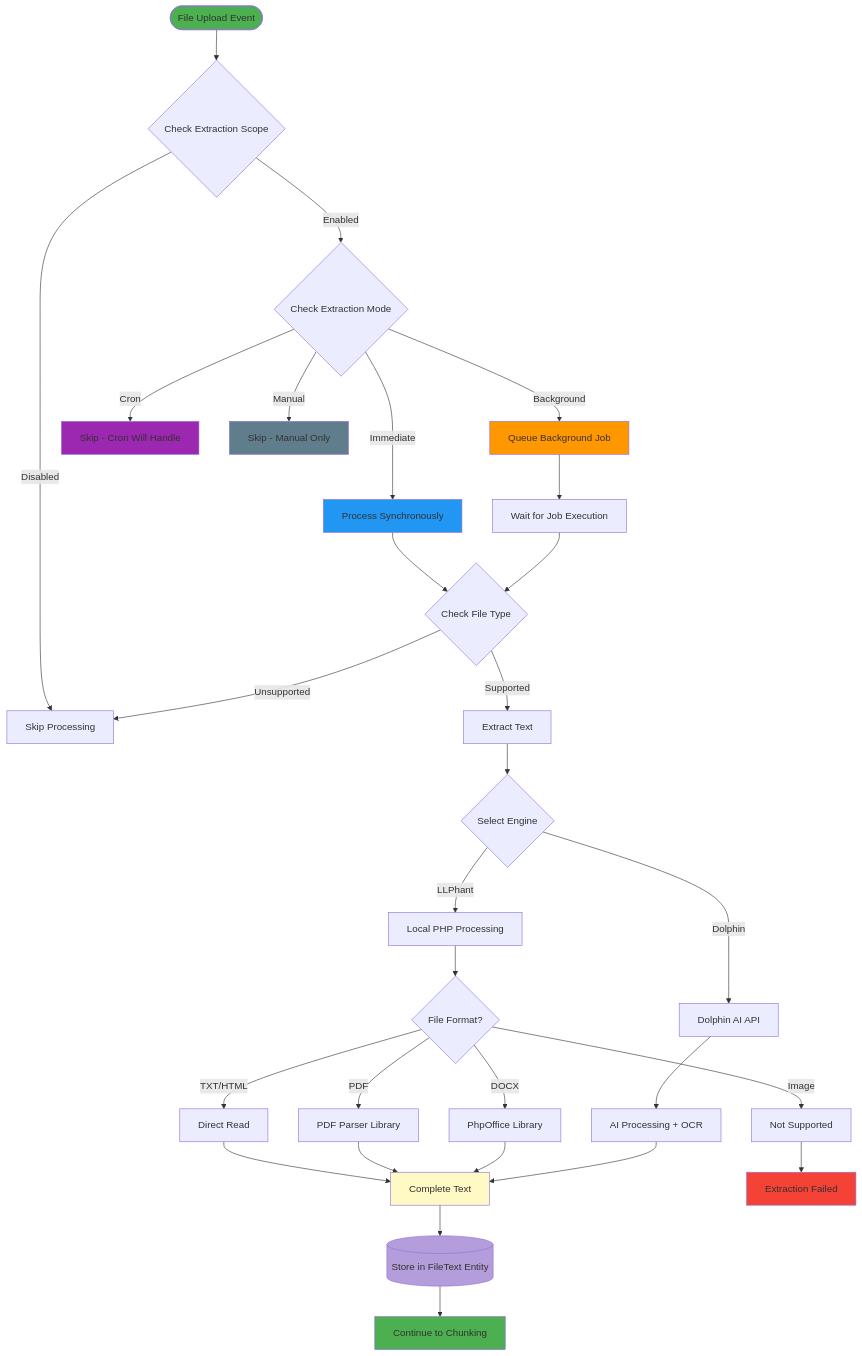
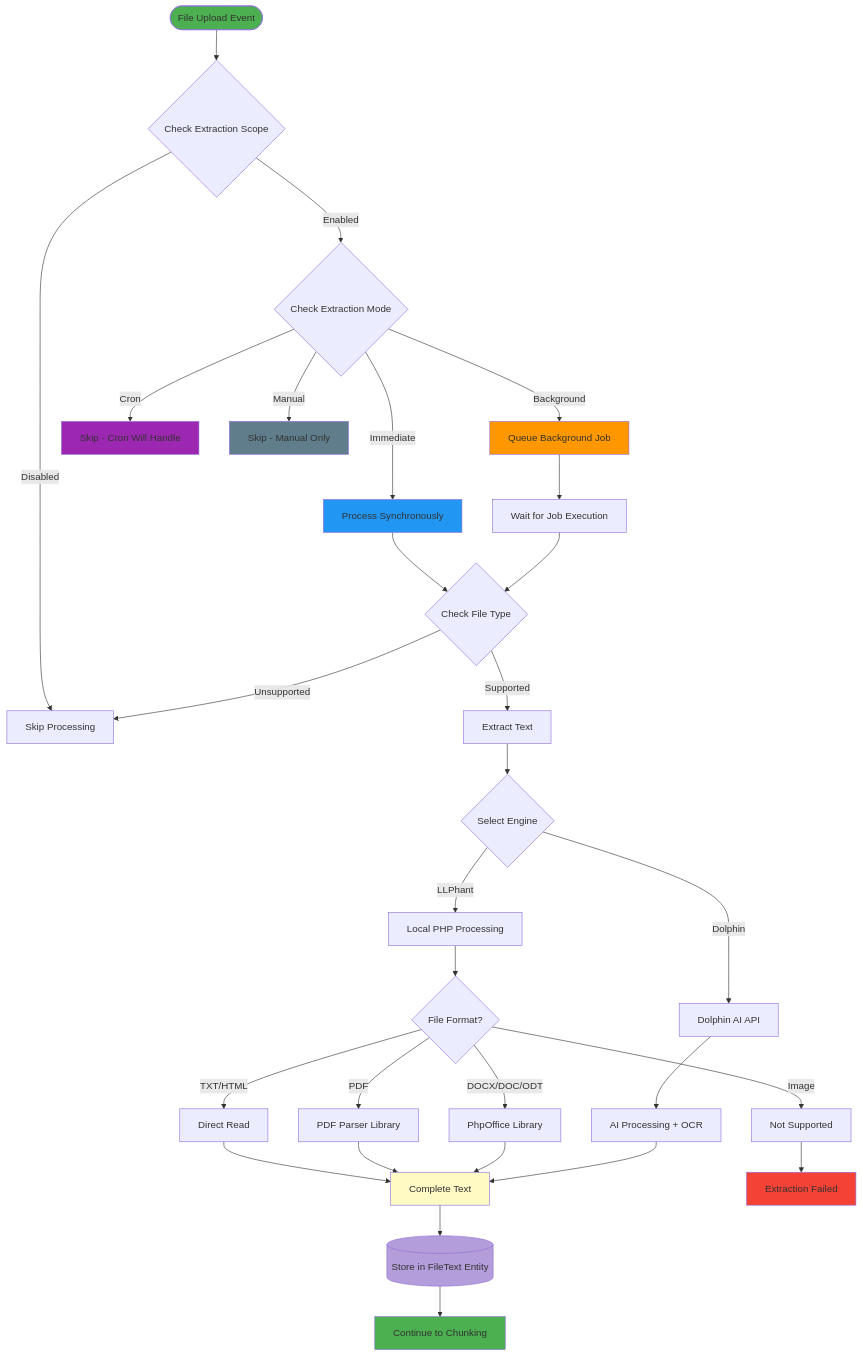
The seventh of 13 diagrams in docs/features/text-extraction-sources.md (ConductionNL/openregister), drawn with Mermaid before and after one commit. The commit also changed other lines of this file and 6 other files, not shown here.

````diff
--- a/docs/features/text-extraction-sources.md
+++ b/docs/features/text-extraction-sources.md
@@ -280,50 +280,50 @@
 ```mermaid
 flowchart TD
     Start([File Upload Event]) --> Check{Check Extraction Scope}
     Check -->|Disabled| Skip[Skip Processing]
     Check -->|Enabled| Mode{Check Extraction Mode}
     
     Mode -->|Immediate| Immediate[Process Synchronously]
     Mode -->|Background| Queue[Queue Background Job]
     Mode -->|Cron| SkipCron[Skip - Cron Will Handle]
     Mode -->|Manual| SkipManual[Skip - Manual Only]
     
     Immediate --> Type{Check File Type}
     Queue --> Wait[Wait for Job Execution]
     Wait --> Type
     
     Type -->|Supported| Extract[Extract Text]
     Type -->|Unsupported| Skip
     
     Extract --> Engine{Select Engine}
     
     Engine -->|LLPhant| Local[Local PHP Processing]
     Engine -->|Dolphin| API[Dolphin AI API]
     
     Local --> Parse{File Format?}
     Parse -->|TXT/HTML| Direct[Direct Read]
     Parse -->|PDF| PDFLib[PDF Parser Library]
-    Parse -->|DOCX| DOCXLib[PhpOffice Library]
+    Parse -->|DOCX/DOC/ODT| DOCXLib[PhpOffice Library]
     Parse -->|Image| NotSupported[Not Supported]
     
     API --> DolphinProcess[AI Processing + OCR]
     
     Direct --> Text[Complete Text]
     PDFLib --> Text
     DOCXLib --> Text
     DolphinProcess --> Text
     NotSupported --> Error[Extraction Failed]
     
     Text --> Store[(Store in FileText Entity)]
     Store --> Chunk[Continue to Chunking]
     
     style Start fill:#4caf50
     style Immediate fill:#2196f3
     style Queue fill:#ff9800
     style SkipCron fill:#9c27b0
     style SkipManual fill:#607d8b
     style Text fill:#fff9c4
     style Store fill:#b39ddb
     style Chunk fill:#4caf50
     style Error fill:#f44336
 ```
````
